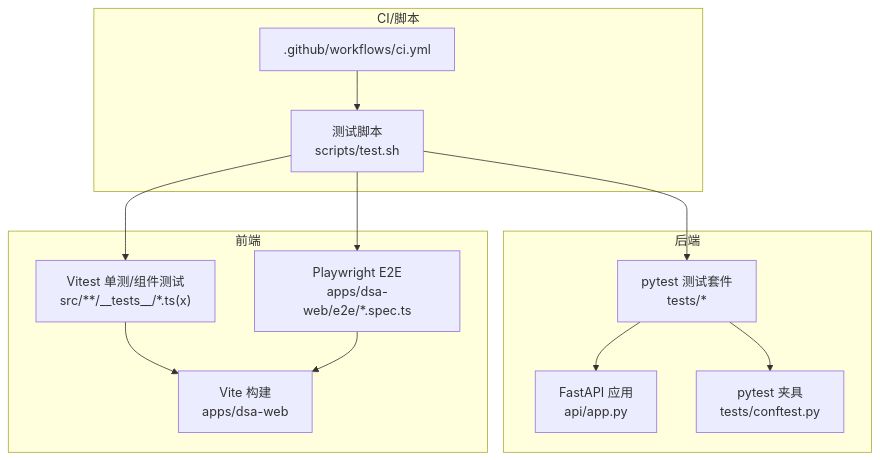
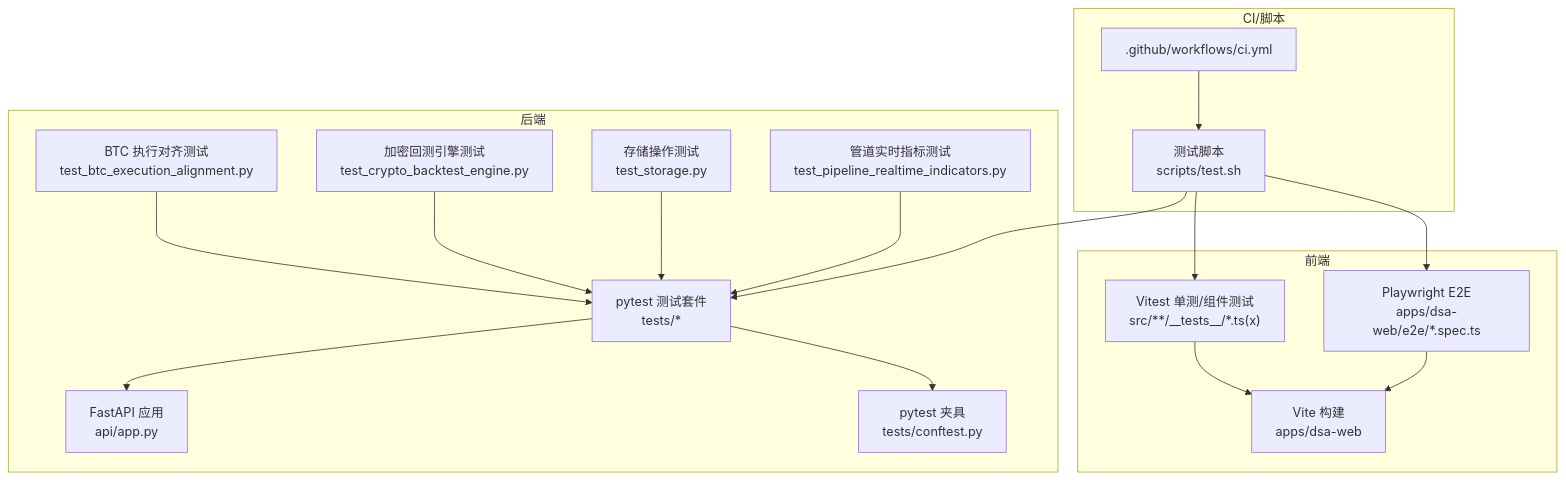
The first of 10 diagrams in .qoder/repowiki/zh/content/开发指南/测试指南.md (anYaoooo/daily_stock_analysis), drawn with Mermaid before and after one commit. The commit also changed other lines of this file and 140 other files, not shown here.

````diff
--- a/.qoder/repowiki/zh/content/开发指南/测试指南.md
+++ b/.qoder/repowiki/zh/content/开发指南/测试指南.md
@@ -49,25 +64,33 @@
 ```mermaid
 graph TB
 subgraph "后端"
 API["FastAPI 应用<br/>api/app.py"]
 PYTEST["pytest 测试套件<br/>tests/*"]
 CONFT["pytest 夹具<br/>tests/conftest.py"]
+BTC_TEST["BTC 执行对齐测试<br/>test_btc_execution_alignment.py"]
+BACKTEST_TEST["加密回测引擎测试<br/>test_crypto_backtest_engine.py"]
+STORAGE_TEST["存储操作测试<br/>test_storage.py"]
+PIPELINE_TEST["管道实时指标测试<br/>test_pipeline_realtime_indicators.py"]
 end
 subgraph "前端"
 VITE["Vite 构建<br/>apps/dsa-web"]
 VITEST["Vitest 单测/组件测试<br/>src/**/__tests__/*.ts(x)"]
 PW["Playwright E2E<br/>apps/dsa-web/e2e/*.spec.ts"]
 end
 subgraph "CI/脚本"
 SCRIPTS["测试脚本<br/>scripts/test.sh"]
 CI[".github/workflows/ci.yml"]
 end
 PYTEST --> API
 PYTEST --> CONFT
+BTC_TEST --> PYTEST
+BACKTEST_TEST --> PYTEST
+STORAGE_TEST --> PYTEST
+PIPELINE_TEST --> PYTEST
 VITEST --> VITE
 PW --> VITE
 SCRIPTS --> PYTEST
 SCRIPTS --> VITEST
 SCRIPTS --> PW
 CI --> SCRIPTS
 ```
````
